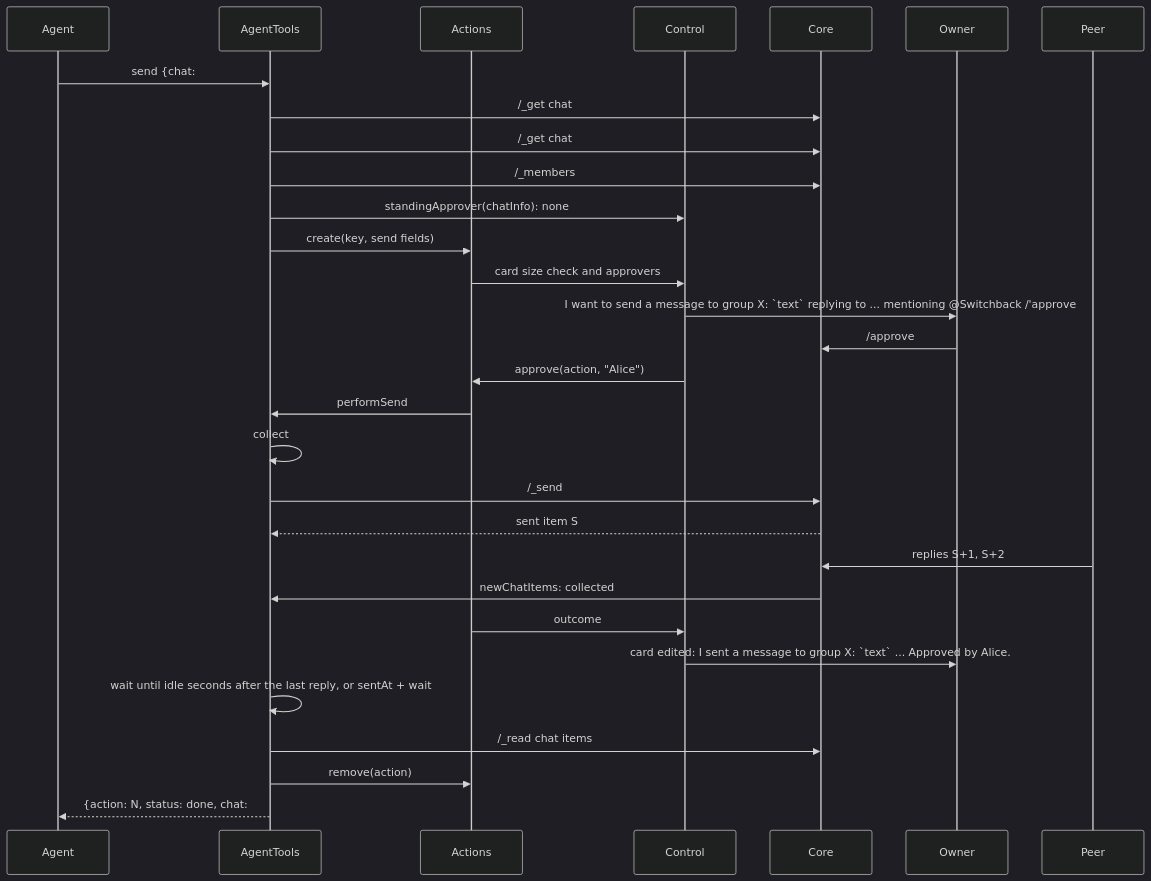
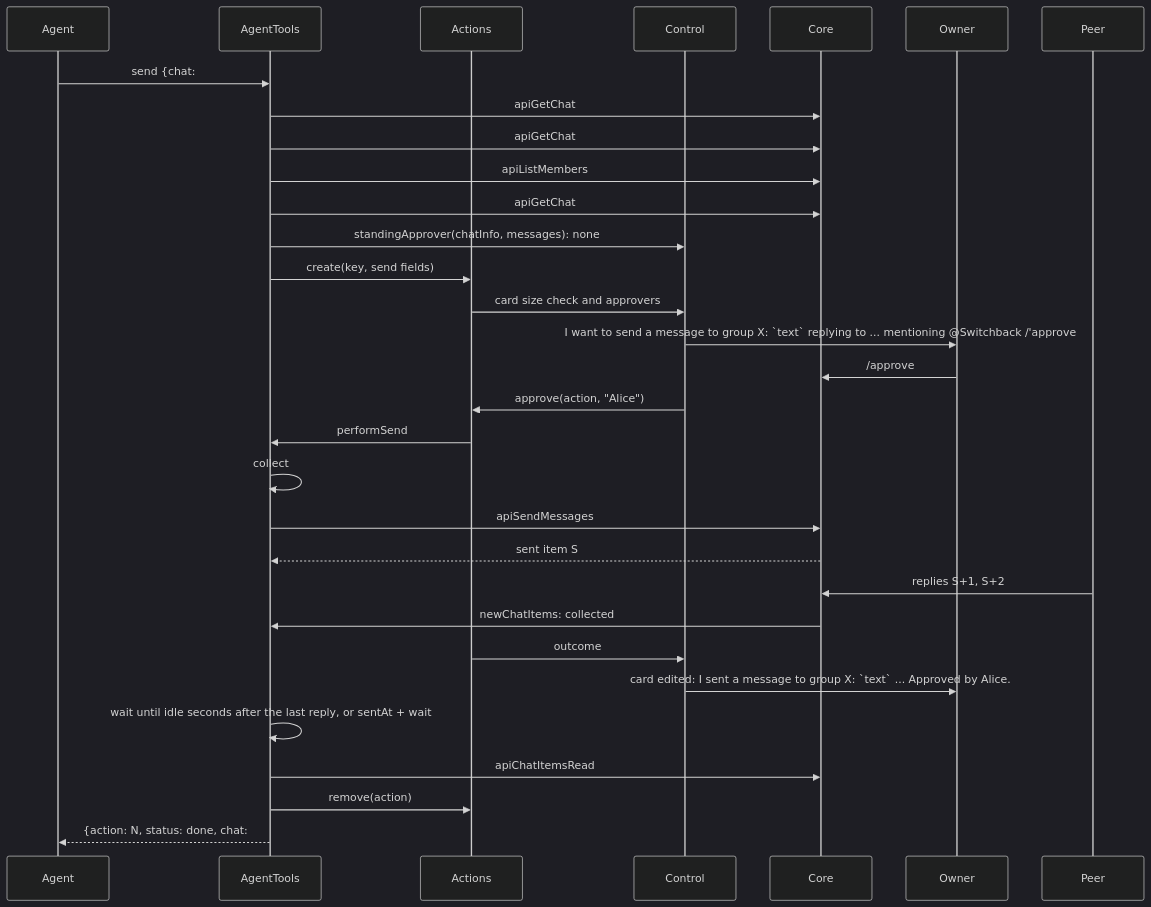
The fourth of 16 diagrams in packages/simplex-chat-mcp/spec/flows.md (simplex-chat/simplex-chat), drawn with Mermaid (dark theme) before and after one commit. The commit also changed other lines of this file and 34 other files, not shown here.

````diff
--- a/packages/simplex-chat-mcp/spec/flows.md
+++ b/packages/simplex-chat-mcp/spec/flows.md
@@ -201,32 +209,33 @@
 ```mermaid
 sequenceDiagram
   participant A as Agent
   participant T as AgentTools
   participant X as Actions
   participant K as Control
   participant C as Core
   participant O as Owner
   participant D as Peer
   A->>T: send {chat: #15, text, reply_to, mention: [44], wait, idle, limit}
-  T->>C: /_get chat #15 count=0
-  T->>C: /_get chat #15 around=REPLY_TO count=0
-  T->>C: /_members #15
-  T->>K: standingApprover(chatInfo): none
+  T->>C: apiGetChat #15 count 0
+  T->>C: apiGetChat #15 around REPLY_TO count 0
+  T->>C: apiListMembers #15
+  T->>C: apiGetChat #15 count 0
+  T->>K: standingApprover(chatInfo, messages): none
   T->>X: create(key, send fields)
   X->>K: card size check and approvers
   K->>O: I want to send a message to group X: `text` replying to ... mentioning @Switchback /'approve #15 N', /'approve #15 all' or /'reject #15 N'
   O->>C: /approve #15 N
   K->>X: approve(action, "Alice")
   X->>T: performSend
   T->>T: collect #15 items with ID above the sent item
-  T->>C: /_send #15 json [{msgContent, mentions, quotedItemId}]
+  T->>C: apiSendMessages #15 [{msgContent, mentions, quotedItemId}]
   C-->>T: sent item S
   D->>C: replies S+1, S+2
   C->>T: newChatItems: collected
   X->>K: outcome
   K->>O: card edited: I sent a message to group X: `text` ... Approved by Alice.
   T->>T: wait until idle seconds after the last reply, or sentAt + wait
-  T->>C: /_read chat items #15 S+1,S+2
+  T->>C: apiChatItemsRead #15 [S+1, S+2]
   T->>X: remove(action)
   T-->>A: {action: N, status: done, chat: #15, item: S, responses, more: 0}
 ```
````
